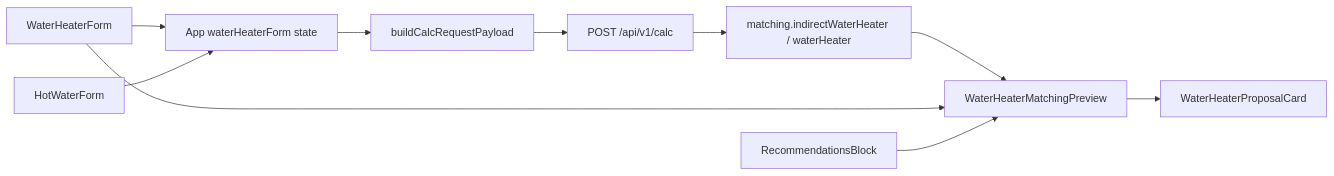
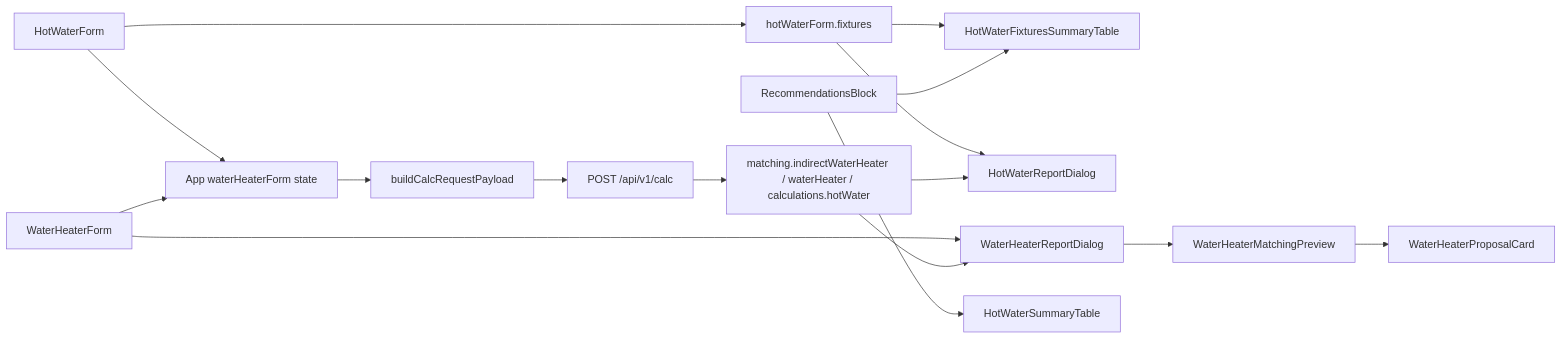
Before and after one commit to MichaelPopov62/heating-equipment-selection-service: the diagram in docs/water-heater-form.md, drawn with Mermaid. The commit also changed other lines of this file and 61 other files, not shown here.

Commit message:
add changing the architecture of the service

````diff
--- a/docs/water-heater-form.md
+++ b/docs/water-heater-form.md
@@ -66,12 +66,18 @@
 ```mermaid
 flowchart LR
-  WHF[WaterHeaterForm] --> App[App waterHeaterForm state]
-  HW[HotWaterForm] --> App
+  HWF[HotWaterForm] --> App[App waterHeaterForm state]
+  HWF --> Fixtures[hotWaterForm.fixtures]
+  Fixtures --> SidebarFix[HotWaterFixturesSummaryTable]
+  Fixtures --> HWModal[HotWaterReportDialog]
+  WHF[WaterHeaterForm] --> App
+  WHF --> WHModal[WaterHeaterReportDialog]
   App --> BCP[buildCalcRequestPayload]
   BCP --> API[POST /api/v1/calc]
-  API --> Report[matching.indirectWaterHeater / waterHeater]
-  Report --> Preview[WaterHeaterMatchingPreview]
+  API --> Report[matching.indirectWaterHeater / waterHeater / calculations.hotWater]
+  Report --> WHModal
+  Report --> HWModal
+  WHModal --> Preview[WaterHeaterMatchingPreview]
   Preview --> Card[WaterHeaterProposalCard]
-  WHF --> Preview
-  Sidebar[RecommendationsBlock] --> Preview
+  Sidebar[RecommendationsBlock] --> SidebarFix
+  Sidebar --> HWSummary[HotWaterSummaryTable]
 ```
````
